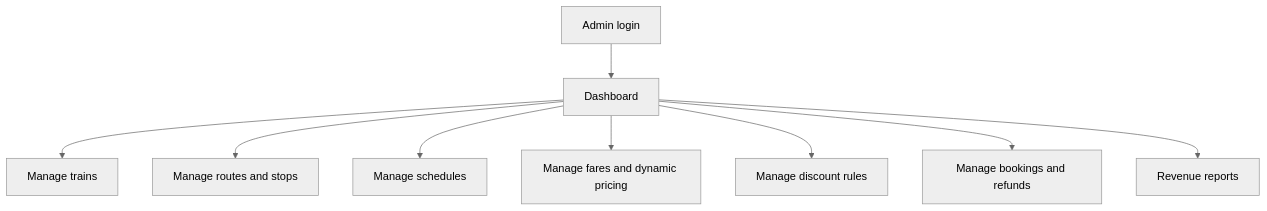
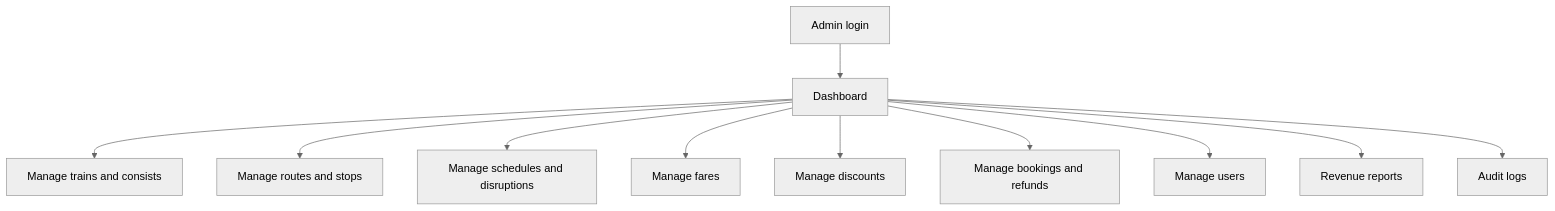
Before and after one commit to chunkylikestrain/TrainTicketPlatformAPI: the third of 3 diagrams in README.md, drawn with Mermaid (neutral theme). The commit also changed other lines of this file and 2 other files, not shown here.

````diff
--- a/README.md
+++ b/README.md
@@ -80,11 +80,13 @@
 ```mermaid
 flowchart TD
   Login["Admin login"] --> Dashboard["Dashboard"]
-  Dashboard --> Trains["Manage trains"]
+  Dashboard --> Trains["Manage trains and consists"]
   Dashboard --> Routes["Manage routes and stops"]
-  Dashboard --> Schedules["Manage schedules"]
-  Dashboard --> Pricing["Manage fares and dynamic pricing"]
-  Dashboard --> Discounts["Manage discount rules"]
+  Dashboard --> Schedules["Manage schedules and disruptions"]
+  Dashboard --> Pricing["Manage fares"]
+  Dashboard --> Discounts["Manage discounts"]
   Dashboard --> Bookings["Manage bookings and refunds"]
+  Dashboard --> Users["Manage users"]
   Dashboard --> Revenue["Revenue reports"]
+  Dashboard --> Audit["Audit logs"]
 ```
````
